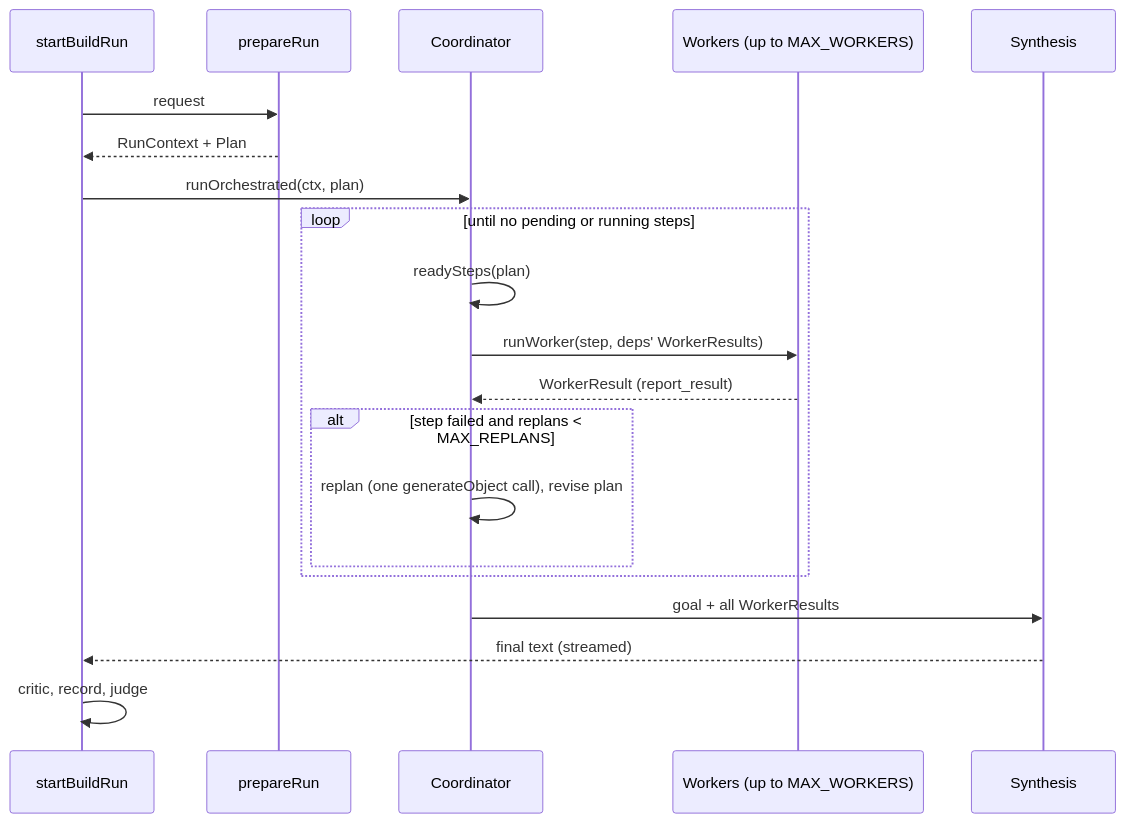
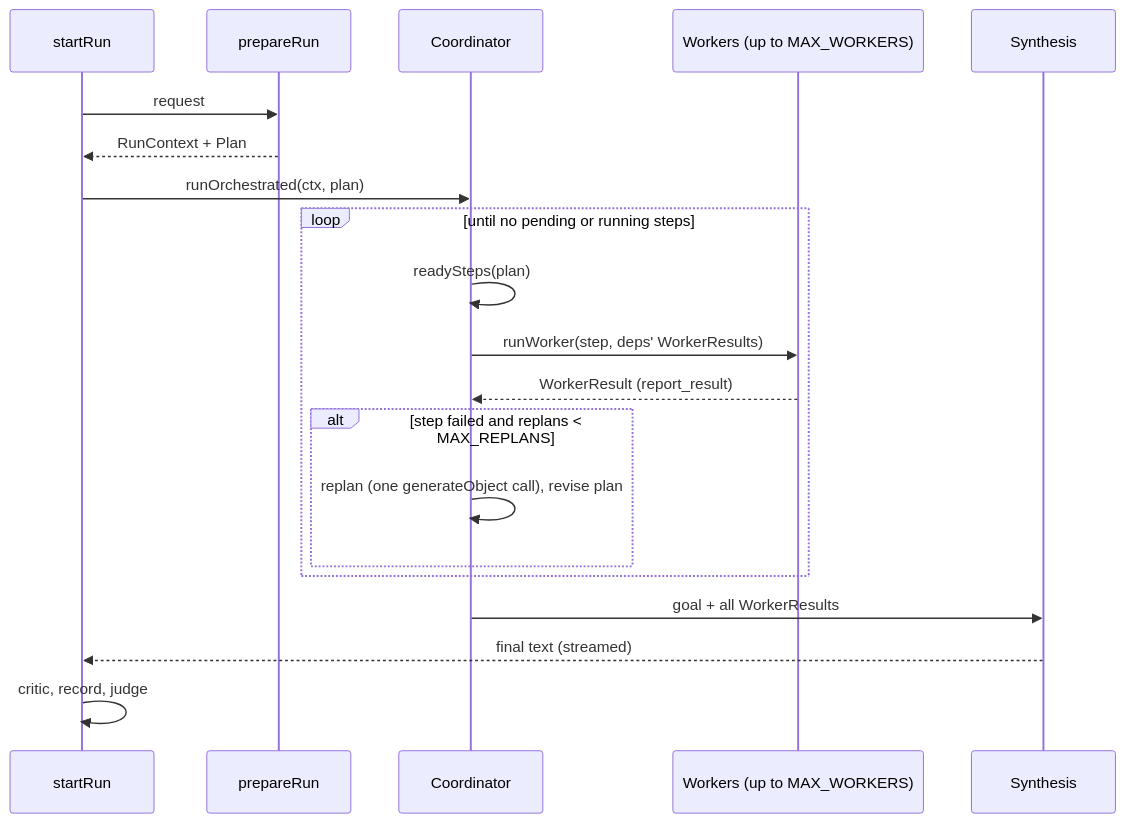
The third of 3 diagrams in .kiro/specs/orchestrator-workers/design.md (chaunceyplum/NEXT_HARNESS), drawn with Mermaid before and after one commit. The commit also changed other lines of this file and 25 other files, not shown here.

````diff
--- a/.kiro/specs/orchestrator-workers/design.md
+++ b/.kiro/specs/orchestrator-workers/design.md
@@ -62,22 +62,22 @@
 ```mermaid
 sequenceDiagram
-  participant Job as startBuildRun
+  participant Job as startRun
   participant Prep as prepareRun
   participant Co as Coordinator
   participant W as Workers (up to MAX_WORKERS)
   participant Syn as Synthesis
   Job->>Prep: request
   Prep-->>Job: RunContext + Plan
   Job->>Co: runOrchestrated(ctx, plan)
   loop until no pending or running steps
     Co->>Co: readySteps(plan)
     Co->>W: runWorker(step, deps' WorkerResults)
     W-->>Co: WorkerResult (report_result)
     alt step failed and replans < MAX_REPLANS
       Co->>Co: replan (one generateObject call), revise plan
     end
   end
   Co->>Syn: goal + all WorkerResults
   Syn-->>Job: final text (streamed)
   Job->>Job: critic, record, judge
 ```
````
